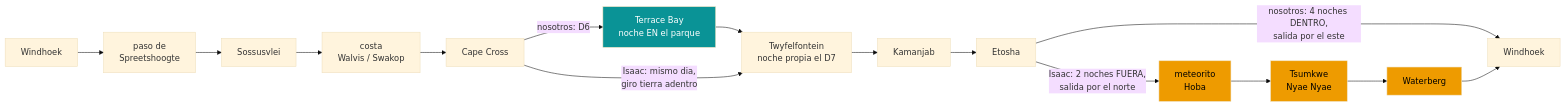
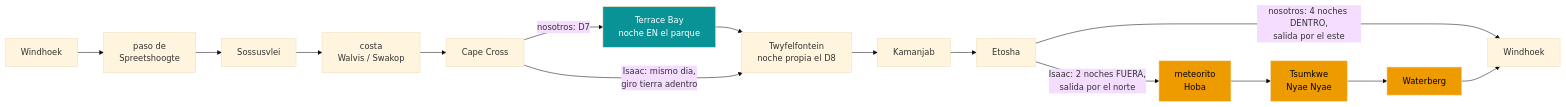
The diagram in aparte/desviacion-itinerario-chavetas.md (morandeirachema/namibia), drawn with Mermaid (base theme) before and after one commit. The commit also changed other lines of this file and 54 other files, not shown here.

````diff
--- a/aparte/desviacion-itinerario-chavetas.md
+++ b/aparte/desviacion-itinerario-chavetas.md
@@ -37,13 +37,13 @@
 ```mermaid
 flowchart LR
     W0["Windhoek"] --> SP["paso de<br/>Spreetshoogte"] --> SS["Sossusvlei"] --> CO["costa<br/>Walvis / Swakop"] --> CC["Cape Cross"]
-    CC -->|"nosotros: D6"| TB["Terrace Bay<br/>noche EN el parque"] --> TW["Twyfelfontein<br/>noche propia el D7"]
+    CC -->|"nosotros: D7"| TB["Terrace Bay<br/>noche EN el parque"] --> TW["Twyfelfontein<br/>noche propia el D8"]
     CC -->|"Isaac: mismo dia,<br/>giro tierra adentro"| TW
     TW --> KA["Kamanjab"] --> ET["Etosha"]
     ET -->|"nosotros: 4 noches DENTRO,<br/>salida por el este"| W1["Windhoek"]
     ET -->|"Isaac: 2 noches FUERA,<br/>salida por el norte"| HO["meteorito<br/>Hoba"] --> TS["Tsumkwe<br/>Nyae Nyae"] --> WB["Waterberg"] --> W1
     style TB fill:#0a9396,color:#fff
     style HO fill:#ee9b00,color:#000
     style TS fill:#ee9b00,color:#000
     style WB fill:#ee9b00,color:#000
 ```
````
